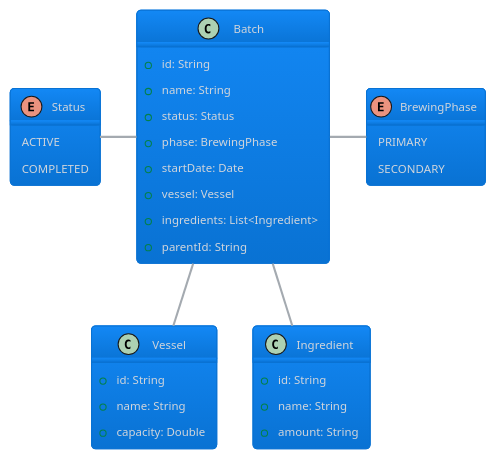
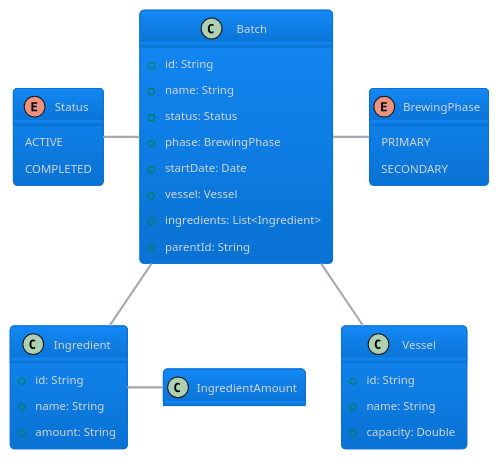
The diagram in README.md (anoniim/Ferment), drawn with PlantUML before and after one commit. The commit also changed 5 other files, not shown here.

````diff
--- a/README.md
+++ b/README.md
@@ -41,46 +41,47 @@
 ```plantuml
 @startuml
 !theme cloudscape-design
 skinparam backgroundColor transparent
 hide empty members
 
 class Batch {
     + id: String
     + name: String
     + status: Status
     + phase: BrewingPhase
     + startDate: Date
     + vessel: Vessel
     + ingredients: List<Ingredient>
     + parentId: String
 }
 
 enum Status {
     ACTIVE
     COMPLETED
 }
 
 enum BrewingPhase {
     PRIMARY
     SECONDARY
 }
 
 class Vessel {
     + id: String
     + name: String
     + capacity: Double
 }
 
 class Ingredient {
     + id: String
     + name: String
     + amount: String
 }
 
 Batch - BrewingPhase
 Batch -l- Status
 Batch -- Vessel
 Batch -- Ingredient
+Ingredient - IngredientAmount
 
 @enduml
 ```
````
